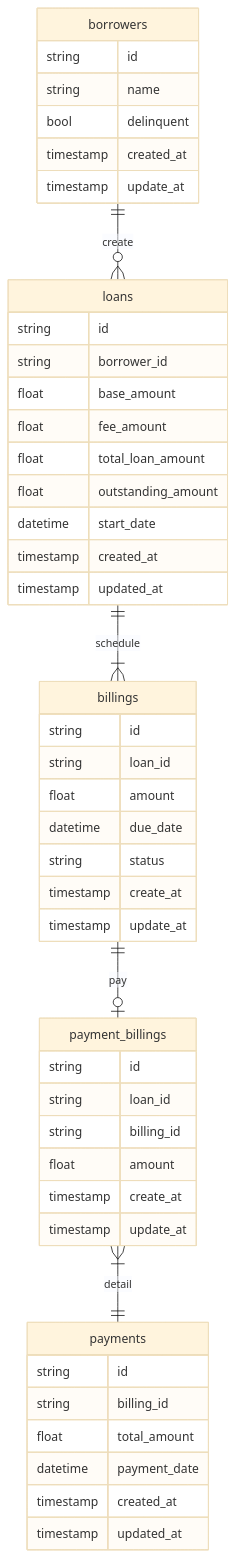
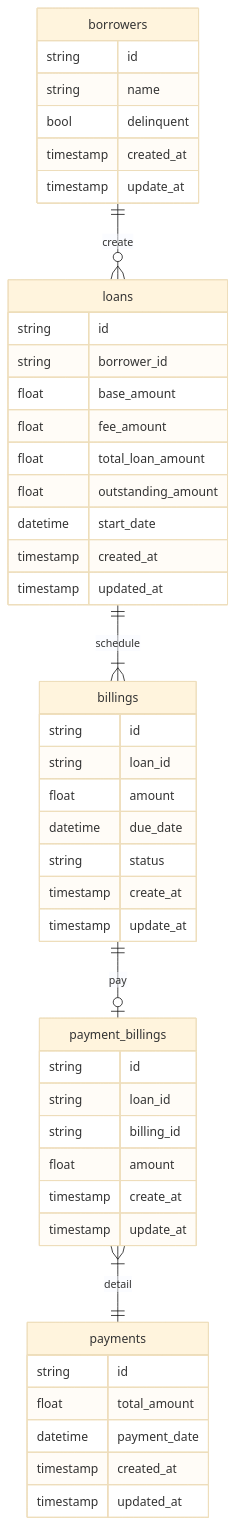
Before and after one commit to ran-jita/billing-engine: the diagram in documentation/3.database.md, drawn with Mermaid (base theme). The commit also changed 9 other files, not shown here.

````diff
--- a/documentation/3.database.md
+++ b/documentation/3.database.md
@@ -1,50 +1,49 @@
 ```mermaid
 erDiagram
 borrowers {
     string id
     string name
     bool delinquent
     timestamp created_at
     timestamp update_at
 }
 borrowers ||--o{ loans : create
 loans {
     string id
     string borrower_id
     float base_amount
     float fee_amount
     float total_loan_amount
     float outstanding_amount
     datetime start_date
     timestamp created_at
     timestamp updated_at
 }
 loans ||--|{ billings: schedule
 billings {
     string id
     string loan_id
     float amount
     datetime due_date
     string status
     timestamp create_at
     timestamp update_at
 }
 billings ||--o| payment_billings: pay
 payment_billings {
     string id
     string loan_id
     string billing_id
     float amount
     timestamp create_at
     timestamp update_at
 }
 payment_billings }|--|| payments: detail
 payments {
     string id
-    string billing_id
     float total_amount
     datetime payment_date
     timestamp created_at
     timestamp updated_at
 }
 ```
````
